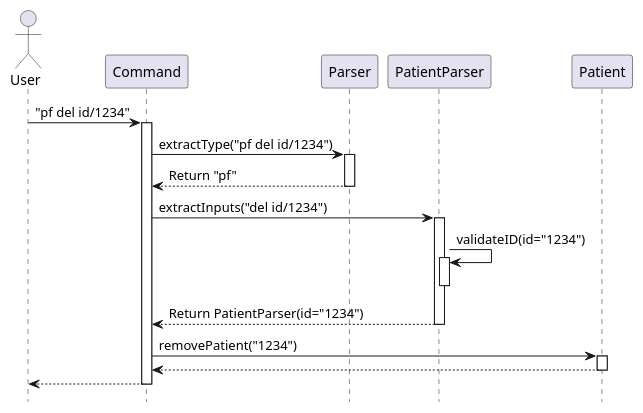
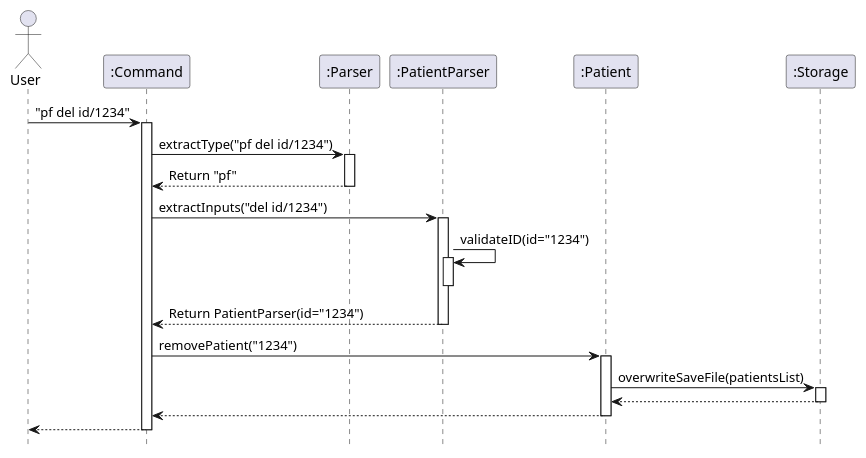
One commit to AY2425S2-CS2113-T11b-3/tp changed the diagram in docs/diagrams/patientSequenceDiagrams/removePatient.puml. Above: the diagram before and after it, drawn with PlantUML. The commit also changed 4 other files, not shown here.

Commit message:
Update diagrams to fit requirements

```diff
--- a/docs/diagrams/patientSequenceDiagrams/removePatient.puml
+++ b/docs/diagrams/patientSequenceDiagrams/removePatient.puml
@@ -1,29 +1,34 @@
 @startuml
 
 hide footbox
 actor User
-participant "Command" as Command
-participant "Parser" as Parser
-participant "PatientParser" as PatientParser
-participant "Patient" as Patient
+participant ":Command" as Command
+participant ":Parser" as Parser
+participant ":PatientParser" as PatientParser
+participant ":Patient" as Patient
+participant ":Storage" as Storage
 
 User -> Command : "pf del id/1234"
 activate Command
   Command -> Parser : extractType("pf del id/1234")
   activate Parser
-  Parser --> Command : Return "pf"
+    Parser --> Command : Return "pf"
   deactivate Parser
-  Command -> PatientParser : extractInputs("del id/1234")
+    Command -> PatientParser : extractInputs("del id/1234")
   activate PatientParser
     PatientParser -> PatientParser : validateID(id="1234")
     activate PatientParser
     deactivate PatientParser
     PatientParser --> Command : Return PatientParser(id="1234")
   deactivate PatientParser
-  Command -> Patient : removePatient("1234")
+    Command -> Patient : removePatient("1234")
   activate Patient
-  Patient --> Command
+    Patient -> Storage : overwriteSaveFile(patientsList)
+  activate Storage
+    Storage --> Patient
+  deactivate Storage
+    Patient --> Command
   deactivate Patient
-  Command --> User
+    Command --> User
 deactivate Command
 @enduml
```
